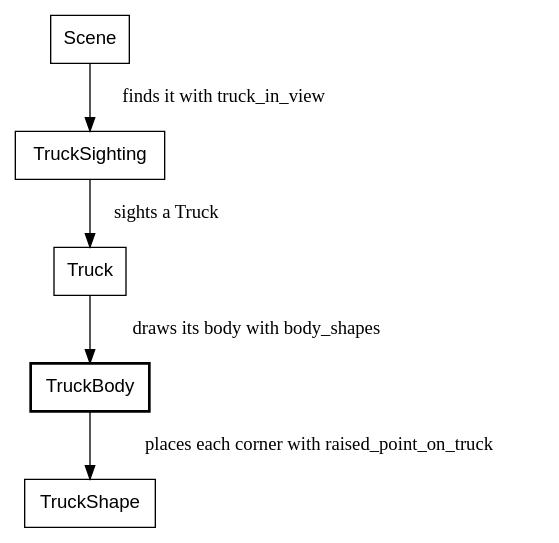
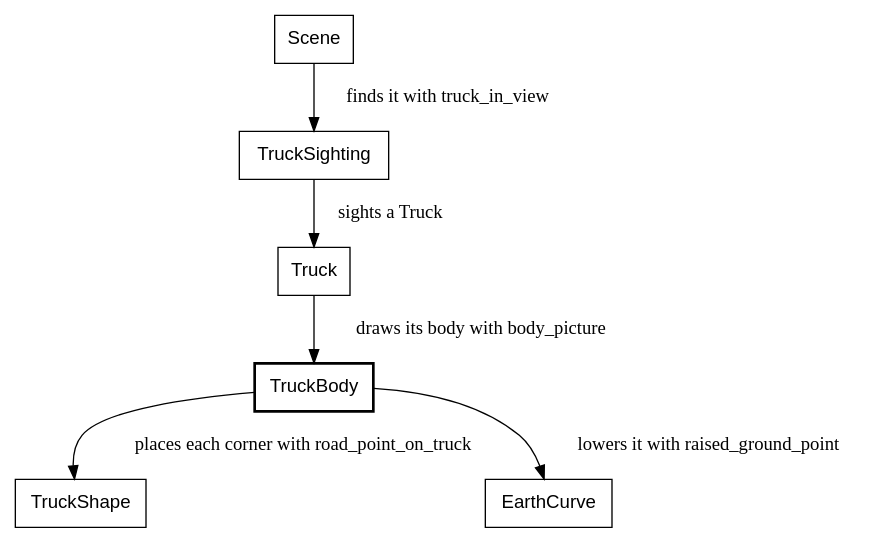
Diagram 20 of 30 in canvas_apps/safari/tutorial/tutorial.md (showell/roc-apps), drawn with Graphviz before and after one commit. The commit also changed other lines of this file and 1 other file, not shown here.

First line of the commit message:
safari book: includes follow the truck and step renames

````diff
--- a/canvas_apps/safari/tutorial/tutorial.md
+++ b/canvas_apps/safari/tutorial/tutorial.md
@@ -1914,10 +1914,11 @@
 ```dot
 digraph truck_drawing {
   node [shape=box, fontname="Helvetica"];
   TruckBody [style=bold];
   Scene -> TruckSighting [label="  finds it with truck_in_view"];
   TruckSighting -> Truck [label="  sights a Truck"];
-  Truck -> TruckBody [label="  draws its body with body_shapes"];
-  TruckBody -> TruckShape [label="  places each corner with raised_point_on_truck"];
+  Truck -> TruckBody [label="  draws its body with body_picture"];
+  TruckBody -> TruckShape [label="  places each corner with road_point_on_truck"];
+  TruckBody -> EarthCurve [label="  lowers it with raised_ground_point"];
 }
 ```
````
